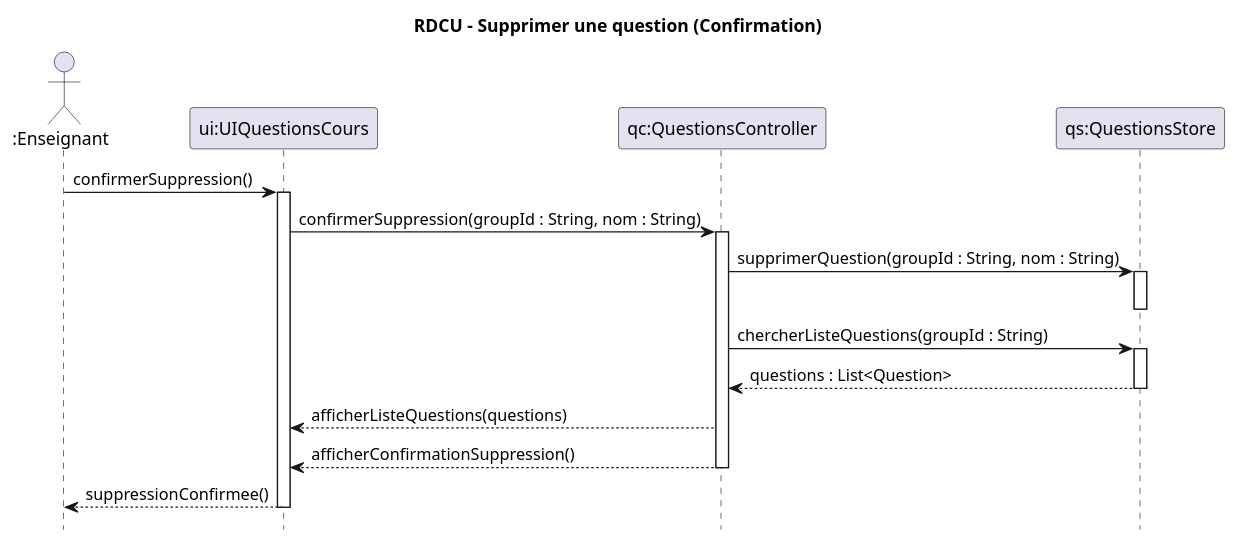
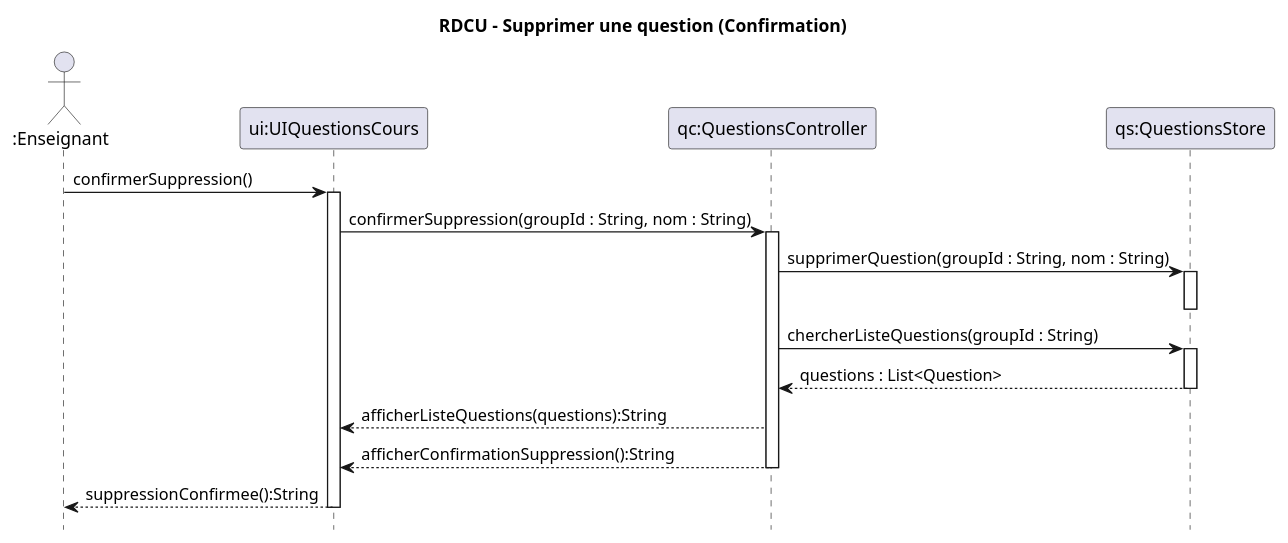
The diagram in docs/modeles/cu02/rdcu-confirmation-suppression.puml (xMrYahya/moodle-clone), drawn with PlantUML before and after one commit. The commit also changed 3 other files, not shown here.

```diff
--- a/docs/modeles/cu02/rdcu-confirmation-suppression.puml
+++ b/docs/modeles/cu02/rdcu-confirmation-suppression.puml
@@ -1,32 +1,32 @@
 @startuml
 hide footbox
 title RDCU – Supprimer une question (Confirmation)
 
 actor ":Enseignant" as e
 participant "ui:UIQuestionsCours" as UI
 participant "qc:QuestionsController" as QC
 participant "qs:QuestionsStore" as QS
 
 e -> UI : confirmerSuppression()
 activate UI
 
 UI -> QC : confirmerSuppression(groupId : String, nom : String)
 activate QC
 
 QC -> QS : supprimerQuestion(groupId : String, nom : String)
 activate QS
 deactivate QS
 
 QC -> QS : chercherListeQuestions(groupId : String)
 activate QS
 QS --> QC : questions : List<Question>
 deactivate QS
 
-QC --> UI : afficherListeQuestions(questions)
-QC --> UI : afficherConfirmationSuppression()
+QC --> UI : afficherListeQuestions(questions):String
+QC --> UI : afficherConfirmationSuppression():String
 deactivate QC
 
-UI --> e : suppressionConfirmee()
+UI --> e : suppressionConfirmee():String
 deactivate UI
 
 @enduml
```
